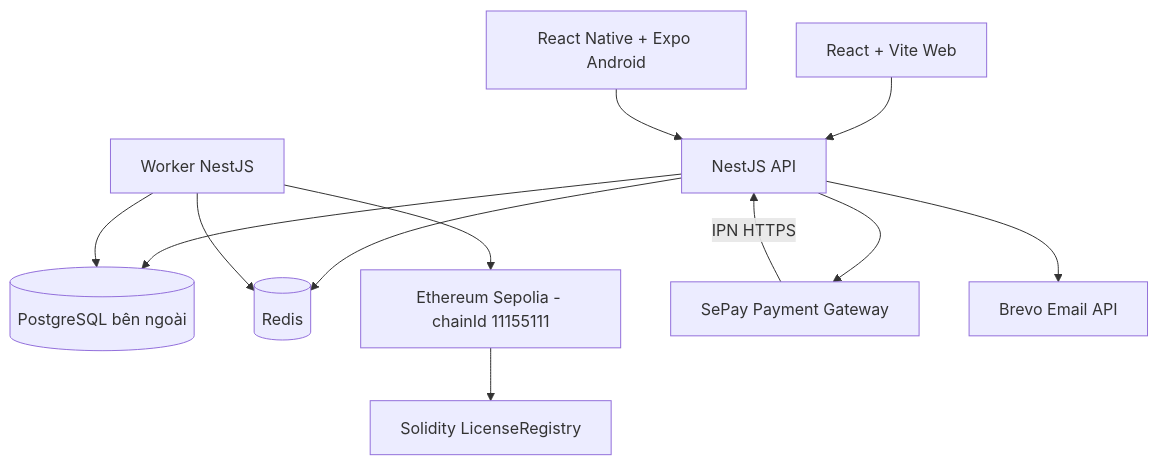
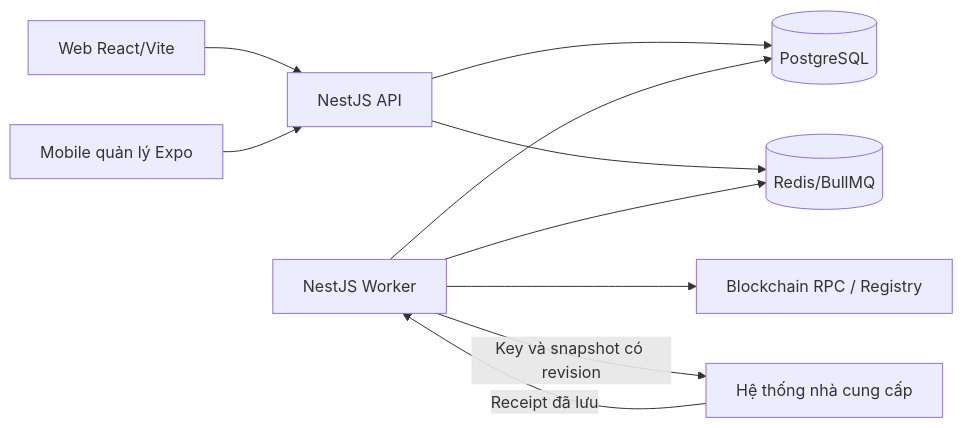
The diagram in context/current/cong_nghe_he_thong.md (crchinhle/MCP_API), drawn with Mermaid before and after one commit. The commit also changed other lines of this file and 219 other files, not shown here.

````diff
--- a/context/current/cong_nghe_he_thong.md
+++ b/context/current/cong_nghe_he_thong.md
@@ -19,14 +15,12 @@
 ```mermaid
-flowchart TB
-    Web[React + Vite Web] --> API[NestJS API]
-    Mobile[React Native + Expo Android] --> API
-    API --> PostgreSQL[(PostgreSQL bên ngoài)]
-    API --> Redis[(Redis)]
-    Worker[Worker NestJS] --> PostgreSQL
-    Worker --> Redis
-    Worker --> EVM[Ethereum Sepolia - chainId 11155111]
-    API --> SePay[SePay Payment Gateway]
-    SePay -->|IPN HTTPS| API
-    API --> Brevo[Brevo Email API]
-    EVM --> Contract[Solidity LicenseRegistry]
+flowchart LR
+  Web[Web React/Vite] --> API[NestJS API]
+  Mobile[Mobile quản lý Expo] --> API
+  API --> PG[(PostgreSQL)]
+  API --> Redis[(Redis/BullMQ)]
+  Worker[NestJS Worker] --> PG
+  Worker --> Redis
+  Worker --> Chain[Blockchain RPC / Registry]
+  Worker -->|Key và snapshot có revision| Provider[Hệ thống nhà cung cấp]
+  Provider -->|Receipt đã lưu| Worker
 ```
````
